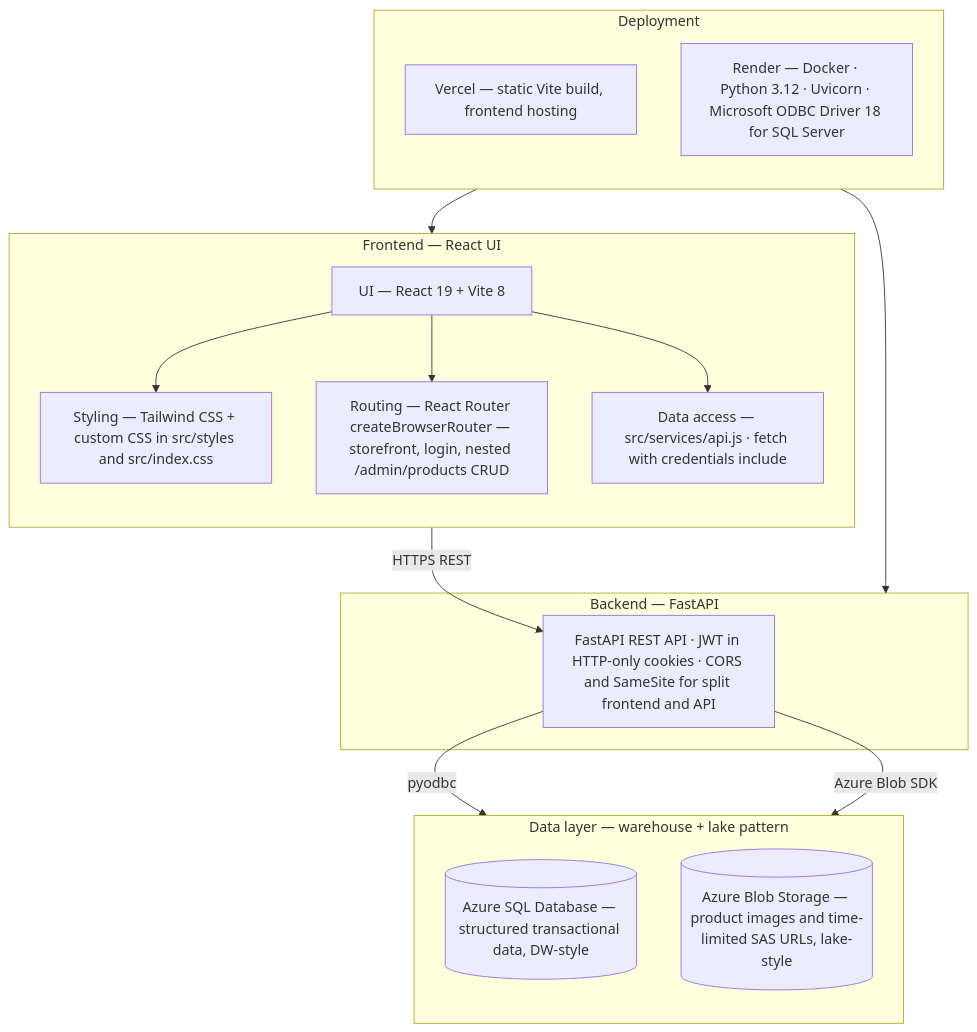
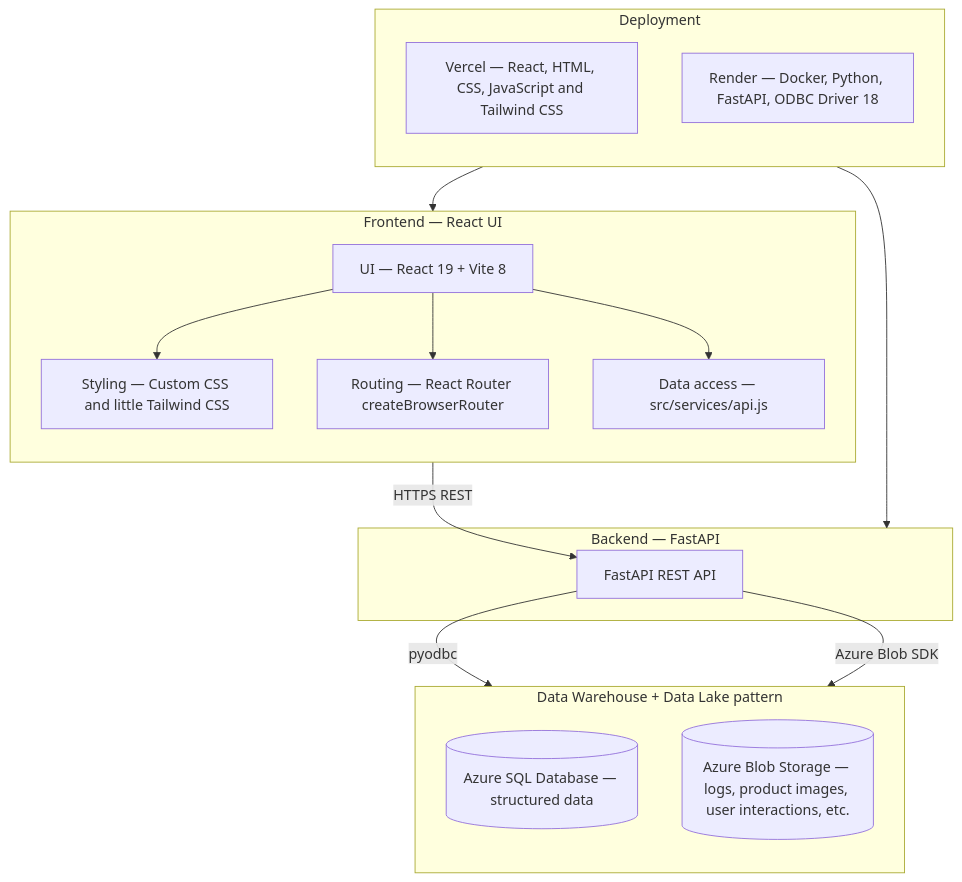
Before and after one commit to minhct267/Feng-Shui-Shop-React: the diagram in README.md, drawn with Mermaid. The commit also changed other lines of this file, not shown here.

````diff
--- a/README.md
+++ b/README.md
@@ -27,35 +27,35 @@
 ```mermaid
 flowchart TB
   subgraph deployment["Deployment"]
     direction TB
-    Vercel[Vercel — static Vite build, frontend hosting]
-    RenderStack[Render — Docker · Python 3.12 · Uvicorn · Microsoft ODBC Driver 18 for SQL Server]
+    Vercel[Vercel — React, HTML, CSS, JavaScript and Tailwind CSS]
+    RenderStack[Render — Docker, Python, FastAPI, ODBC Driver 18]
   end
 
   subgraph frontend["Frontend — React UI"]
     direction TB
     UI[UI — React 19 + Vite 8]
-    Styling[Styling — Tailwind CSS + custom CSS in src/styles and src/index.css]
-    Routing[Routing — React Router createBrowserRouter — storefront, login, nested /admin/products CRUD]
-    DataClient[Data access — src/services/api.js · fetch with credentials include]
+    Styling[Styling — Custom CSS and little Tailwind CSS]
+    Routing[Routing — React Router createBrowserRouter]
+    DataClient[Data access — src/services/api.js]
     UI --> Styling
     UI --> Routing
     UI --> DataClient
   end
 
   subgraph backend["Backend — FastAPI"]
-    API["FastAPI REST API · JWT in HTTP-only cookies · CORS and SameSite for split frontend and API"]
+    API["FastAPI REST API"]
   end
 
-  subgraph datalayer["Data layer — warehouse + lake pattern"]
+  subgraph datalayer[" Data Warehouse + Data Lake pattern"]
     direction TB
-    AzureSQL[(Azure SQL Database — structured transactional data, DW-style)]
-    AzureBlob[(Azure Blob Storage — product images and time-limited SAS URLs, lake-style)]
+    AzureSQL[(Azure SQL Database — structured data)]
+    AzureBlob[(Azure Blob Storage — logs, product images, user interactions, etc.)]
   end
 
   Vercel --> frontend
   RenderStack --> backend
   DataClient -->|HTTPS REST| API
   API -->|pyodbc| AzureSQL
   API -->|Azure Blob SDK| AzureBlob
 ```
````
